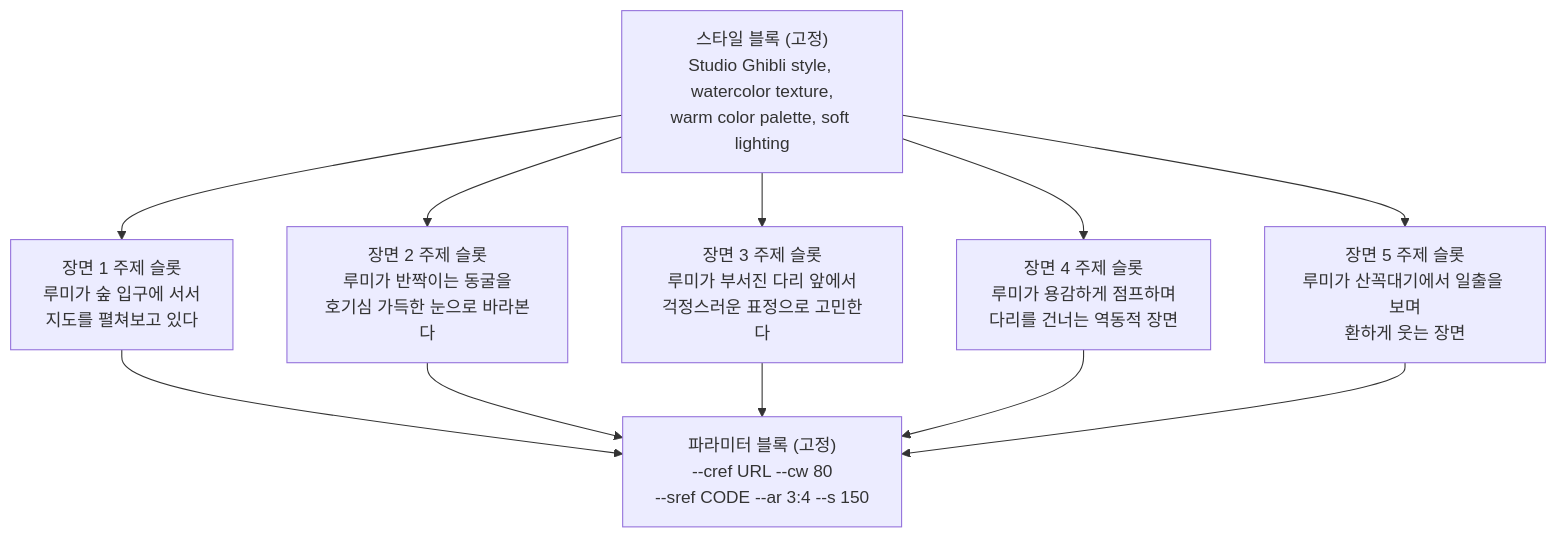
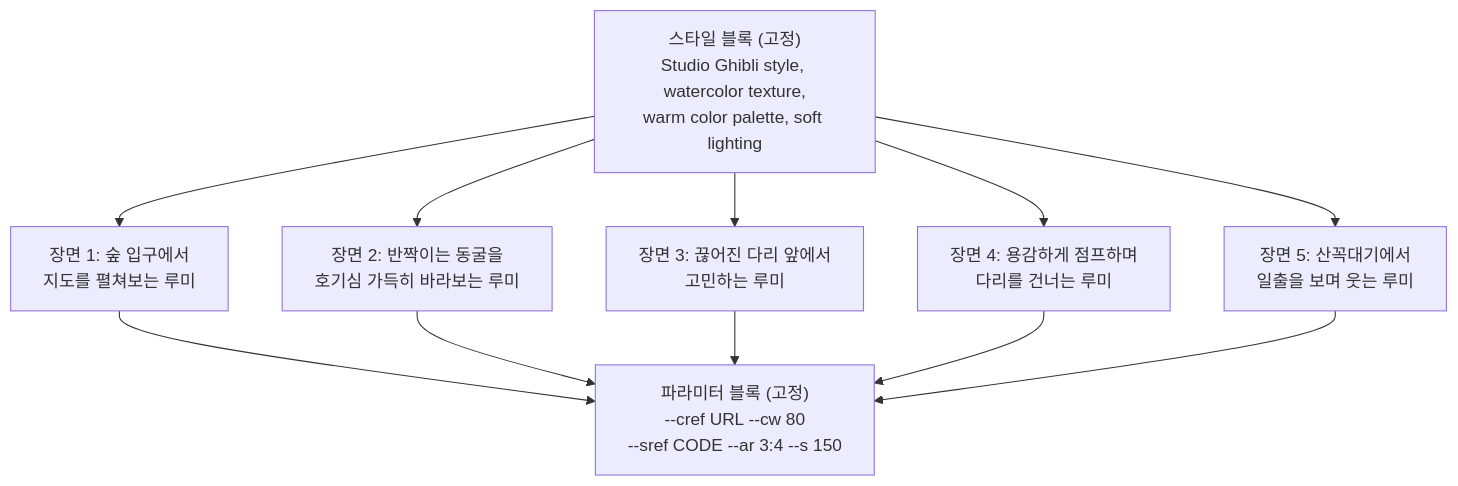
One commit to jsonpassion/forge-tutorial-promptcanvas changed the third of 3 diagrams in 08-ch8-캐릭터브랜드-스타일-일관성-유지/05-05-일관성-실전-프로젝트-캐릭터-스토리북.md. Above: the diagram before and after it, drawn with Mermaid. The commit also changed other lines of this file and 63 other files, not shown here.

````diff
--- a/08-ch8-캐릭터브랜드-스타일-일관성-유지/05-05-일관성-실전-프로젝트-캐릭터-스토리북.md
+++ b/08-ch8-캐릭터브랜드-스타일-일관성-유지/05-05-일관성-실전-프로젝트-캐릭터-스토리북.md
@@ -172,15 +135,15 @@
 ```mermaid
 flowchart TD
     STYLE["스타일 블록 (고정)<br/>Studio Ghibli style, watercolor texture,<br/>warm color palette, soft lighting"]
-    
-    S1["장면 1 주제 슬롯<br/>루미가 숲 입구에 서서<br/>지도를 펼쳐보고 있다"]
-    S2["장면 2 주제 슬롯<br/>루미가 반짝이는 동굴을<br/>호기심 가득한 눈으로 바라본다"]
-    S3["장면 3 주제 슬롯<br/>루미가 부서진 다리 앞에서<br/>걱정스러운 표정으로 고민한다"]
-    S4["장면 4 주제 슬롯<br/>루미가 용감하게 점프하며<br/>다리를 건너는 역동적 장면"]
-    S5["장면 5 주제 슬롯<br/>루미가 산꼭대기에서 일출을 보며<br/>환하게 웃는 장면"]
-    
+
+    S1["장면 1: 숲 입구에서<br/>지도를 펼쳐보는 루미"]
+    S2["장면 2: 반짝이는 동굴을<br/>호기심 가득히 바라보는 루미"]
+    S3["장면 3: 끊어진 다리 앞에서<br/>고민하는 루미"]
+    S4["장면 4: 용감하게 점프하며<br/>다리를 건너는 루미"]
+    S5["장면 5: 산꼭대기에서<br/>일출을 보며 웃는 루미"]
+
     PARAM["파라미터 블록 (고정)<br/>--cref URL --cw 80<br/>--sref CODE --ar 3:4 --s 150"]
-    
+
     STYLE --> S1 & S2 & S3 & S4 & S5
     S1 & S2 & S3 & S4 & S5 --> PARAM
 ```
````
